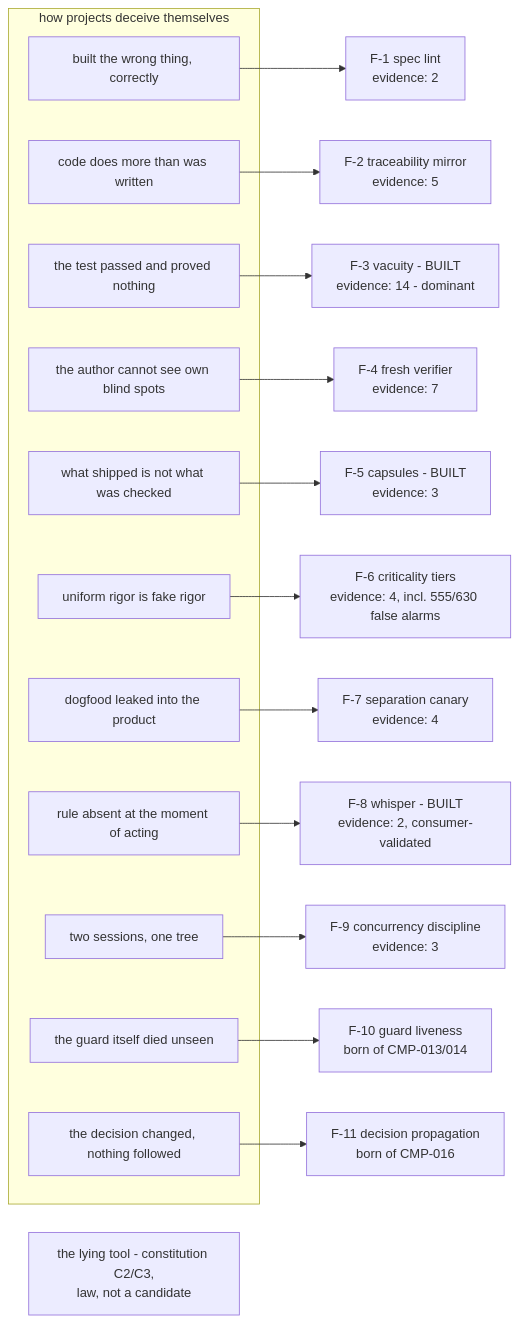
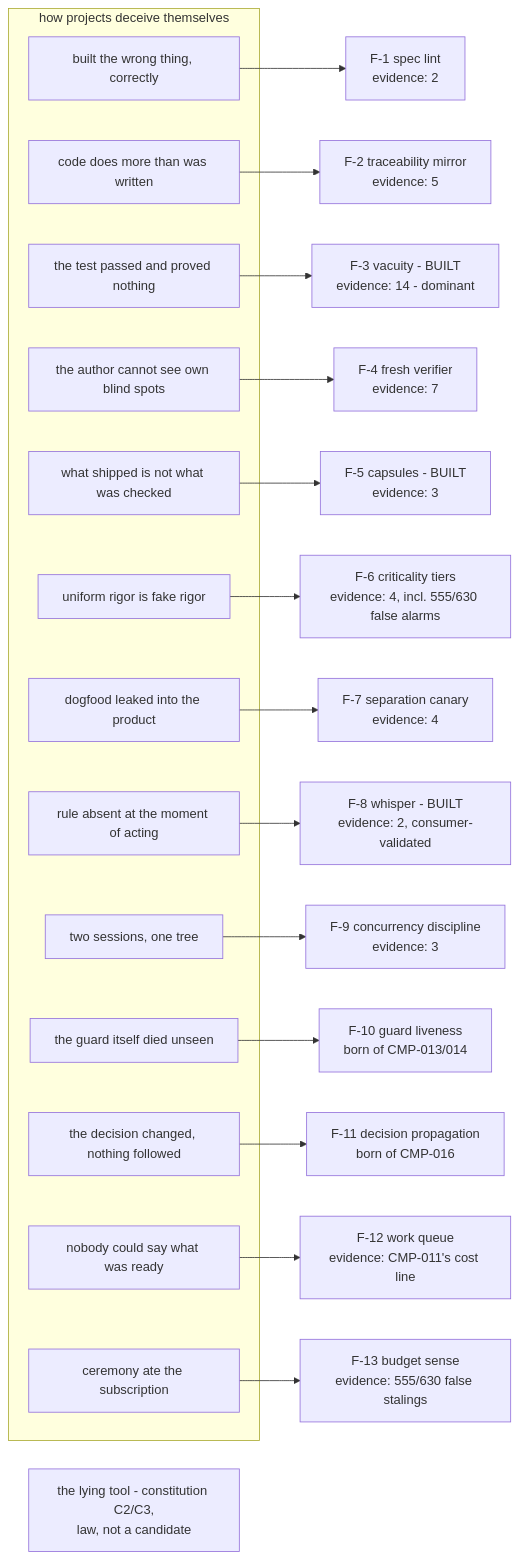
Before and after one commit to m1981/truth-ledger2: the fifth of 5 diagrams in docs/diagrams.md, drawn with Mermaid. The commit also changed other lines of this file and 3 other files, not shown here.

````diff
--- a/docs/diagrams.md
+++ b/docs/diagrams.md
@@ -112,28 +112,32 @@
 ```mermaid
 flowchart LR
     subgraph DISTRUSTS["how projects deceive themselves"]
         D1["built the wrong thing, correctly"]
         D2["code does more than was written"]
         D3["the test passed and proved nothing"]
         D4["the author cannot see own blind spots"]
         D5["what shipped is not what was checked"]
         D6["uniform rigor is fake rigor"]
         D7["dogfood leaked into the product"]
         D8["rule absent at the moment of acting"]
         D9["two sessions, one tree"]
         D10["the guard itself died unseen"]
         D11["the decision changed, nothing followed"]
+        D12["nobody could say what was ready"]
+        D13["ceremony ate the subscription"]
     end
     D1 --> F1["F-1 spec lint<br/>evidence: 2"]
     D2 --> F2["F-2 traceability mirror<br/>evidence: 5"]
     D3 --> F3["F-3 vacuity - BUILT<br/>evidence: 14 - dominant"]
     D4 --> F4["F-4 fresh verifier<br/>evidence: 7"]
     D5 --> F5["F-5 capsules - BUILT<br/>evidence: 3"]
     D6 --> F6["F-6 criticality tiers<br/>evidence: 4, incl. 555/630 false alarms"]
     D7 --> F7["F-7 separation canary<br/>evidence: 4"]
     D8 --> F8["F-8 whisper - BUILT<br/>evidence: 2, consumer-validated"]
     D9 --> F9["F-9 concurrency discipline<br/>evidence: 3"]
     D10 --> F10["F-10 guard liveness<br/>born of CMP-013/014"]
     D11 --> F11["F-11 decision propagation<br/>born of CMP-016"]
+    D12 --> F12["F-12 work queue<br/>evidence: CMP-011's cost line"]
+    D13 --> F13["F-13 budget sense<br/>evidence: 555/630 false stalings"]
     LAW2["the lying tool - constitution C2/C3,<br/>law, not a candidate"]
 ```
````
